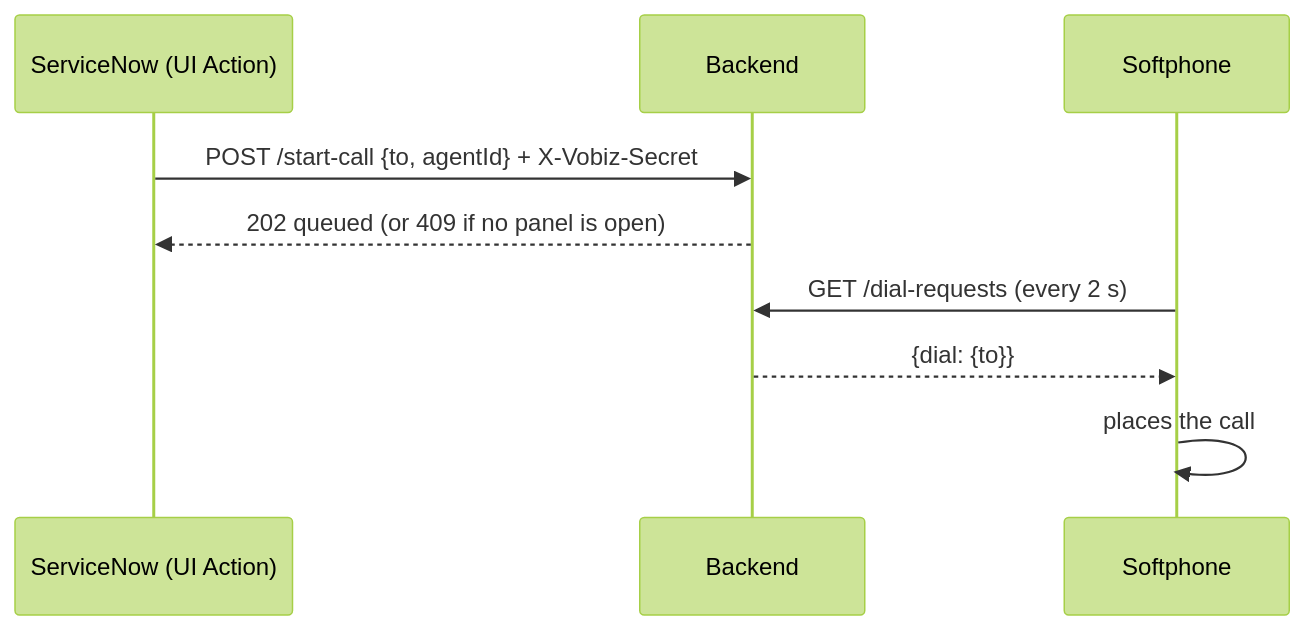
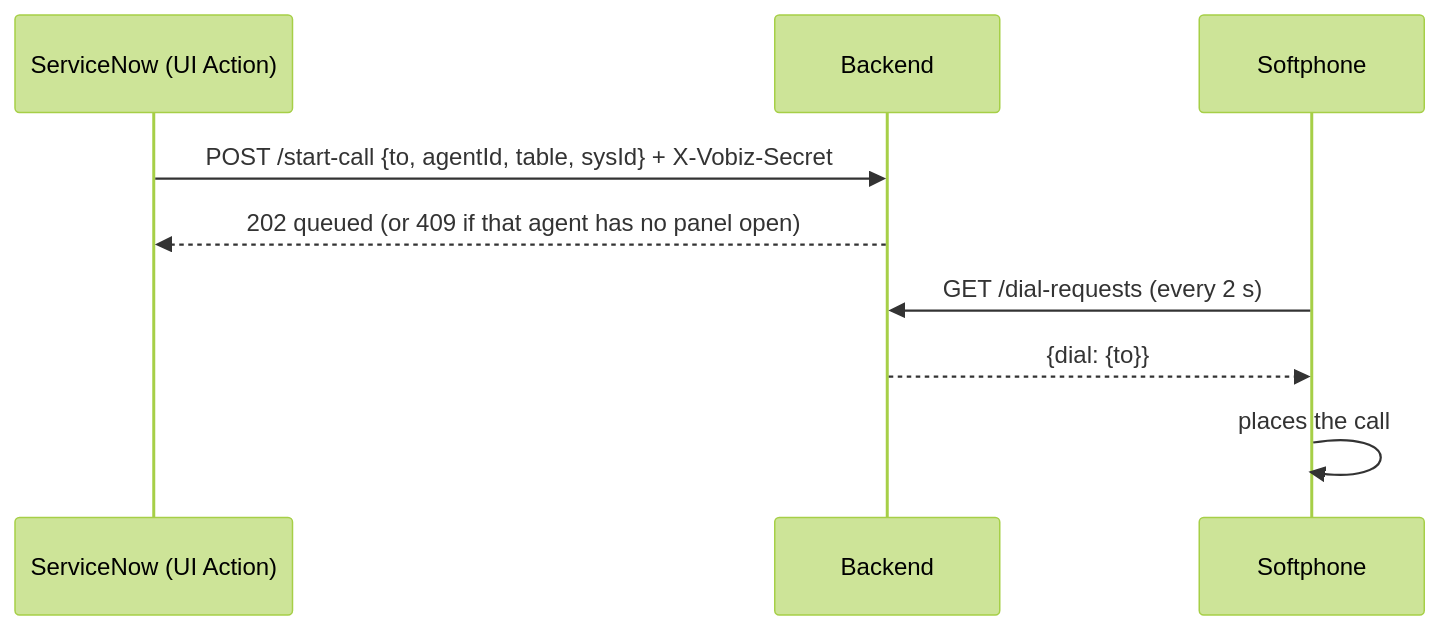
Before and after one commit to vobiz-ai/Vobiz-ServiceNow-Calling: the second of 3 diagrams in docs/ARCHITECTURE.md, drawn with Mermaid (forest theme). The commit also changed other lines of this file and 9 other files, not shown here.

````diff
--- a/docs/ARCHITECTURE.md
+++ b/docs/ARCHITECTURE.md
@@ -53,11 +53,11 @@
 ```mermaid
 sequenceDiagram
     participant SN as ServiceNow (UI Action)
     participant Backend
     participant Softphone
-    SN->>Backend: POST /start-call {to, agentId} + X-Vobiz-Secret
-    Backend-->>SN: 202 queued (or 409 if no panel is open)
+    SN->>Backend: POST /start-call {to, agentId, table, sysId} + X-Vobiz-Secret
+    Backend-->>SN: 202 queued (or 409 if that agent has no panel open)
     Softphone->>Backend: GET /dial-requests (every 2 s)
     Backend-->>Softphone: {dial: {to}}
     Softphone->>Softphone: places the call
 ```
````
